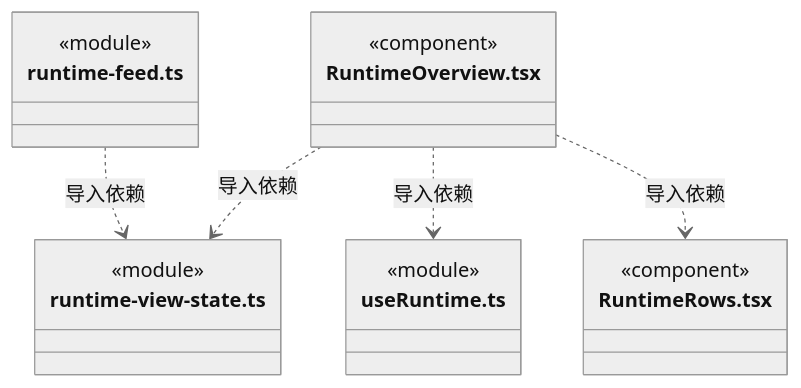
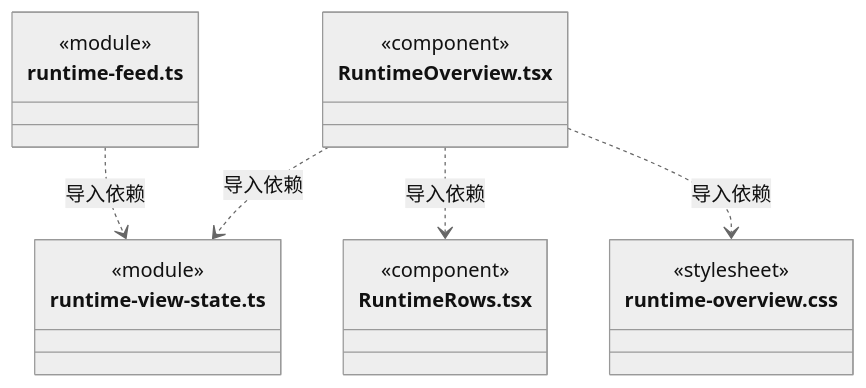
Before and after one commit to nan023062/cbim: the tenth of 11 diagrams in src/view/runtime/ARCHITECTURE.md, drawn with Mermaid (neutral theme). The commit also changed other lines of this file and 112 other files, not shown here.

Commit message:
docs: align source architecture with current declarations and contracts

````diff
--- a/src/view/runtime/ARCHITECTURE.md
+++ b/src/view/runtime/ARCHITECTURE.md
@@ -245,22 +245,22 @@
 ```mermaid
 classDiagram
 class N_src_view_runtime_runtime_feed_ts["runtime-feed.ts"] {
   <<module>>
 }
 class N_src_view_runtime_runtime_view_state_ts["runtime-view-state.ts"] {
   <<module>>
 }
 class N_src_view_runtime_RuntimeOverview_tsx["RuntimeOverview.tsx"] {
   <<component>>
 }
-class N_src_view_runtime_useRuntime_ts["useRuntime.ts"] {
-  <<module>>
-}
 class N_src_view_runtime_RuntimeRows_tsx["RuntimeRows.tsx"] {
   <<component>>
 }
+class N_src_view_runtime_runtime_overview_css["runtime-overview.css"] {
+  <<stylesheet>>
+}
 N_src_view_runtime_runtime_feed_ts ..> N_src_view_runtime_runtime_view_state_ts : 导入依赖
-N_src_view_runtime_RuntimeOverview_tsx ..> N_src_view_runtime_useRuntime_ts : 导入依赖
+N_src_view_runtime_RuntimeOverview_tsx ..> N_src_view_runtime_RuntimeRows_tsx : 导入依赖
+N_src_view_runtime_RuntimeOverview_tsx ..> N_src_view_runtime_runtime_overview_css : 导入依赖
 N_src_view_runtime_RuntimeOverview_tsx ..> N_src_view_runtime_runtime_view_state_ts : 导入依赖
-N_src_view_runtime_RuntimeOverview_tsx ..> N_src_view_runtime_RuntimeRows_tsx : 导入依赖
 ```
````
